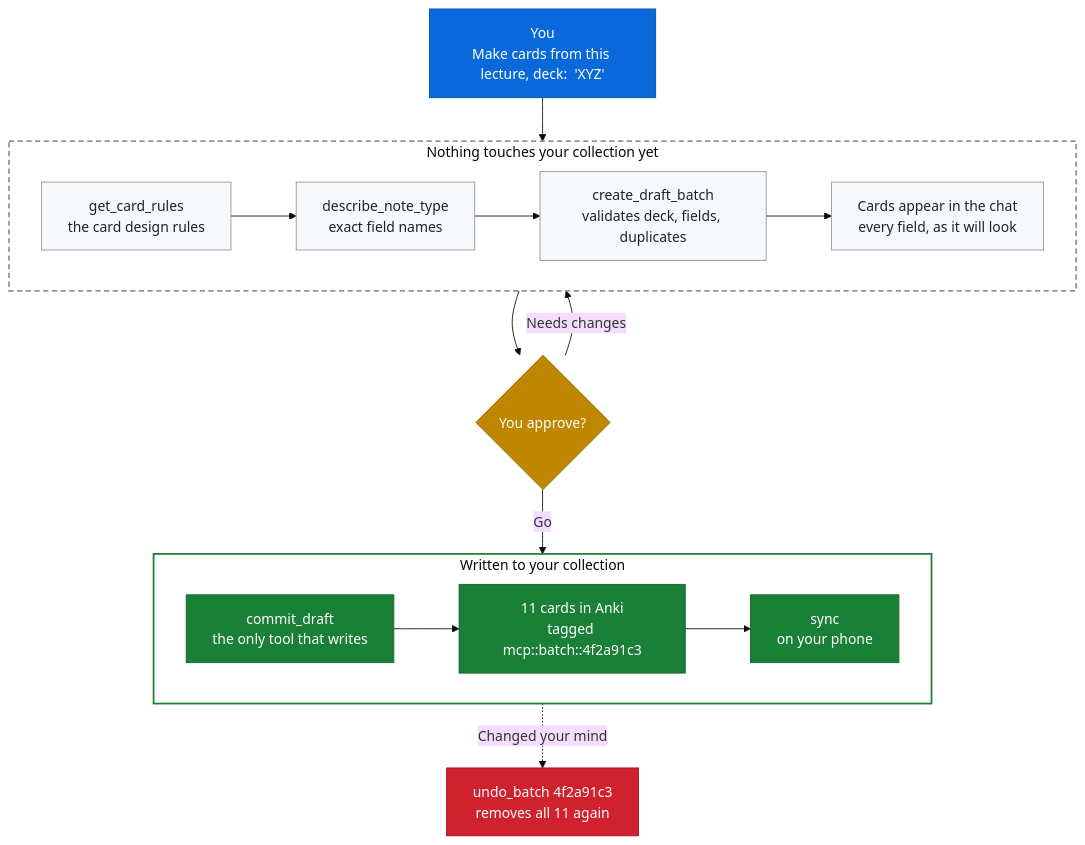
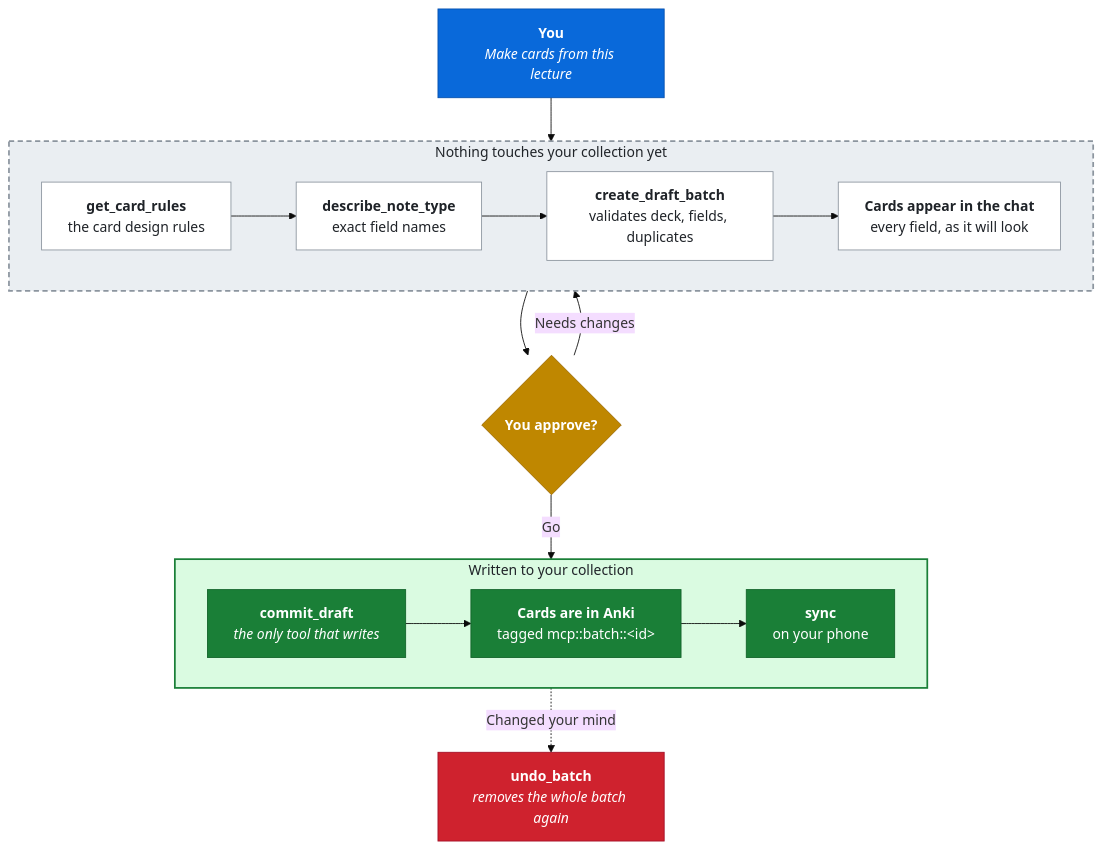
Before and after one commit to MichaelPrutkow/anki-mcp-server: the diagram in README.md, drawn with Mermaid (base theme).

````diff
--- a/README.md
+++ b/README.md
@@ -154,46 +154,46 @@
 ```mermaid
 flowchart TD
-    U["You<br>Make cards from this lecture, deck:  'XYZ'"]
+    U["<b>You</b><br><i>Make cards from this lecture</i>"]
 
-    subgraph SAFE["&nbsp;Nothing touches your collection yet&nbsp;"]
+    subgraph SAFE["&nbsp; Nothing touches your collection yet &nbsp;"]
         direction LR
-        R["get_card_rules<br>the card design rules"]
-        N["describe_note_type<br>exact field names"]
-        D["create_draft_batch<br>validates deck, fields, duplicates"]
-        P["Cards appear in the chat<br>every field, as it will look"]
+        R["<b>get_card_rules</b><br>the card design rules"]
+        N["<b>describe_note_type</b><br>exact field names"]
+        D["<b>create_draft_batch</b><br>validates deck, fields, duplicates"]
+        P["<b>Cards appear in the chat</b><br>every field, as it will look"]
         R --> N --> D --> P
     end
 
-    Q{"You approve?"}
+    Q{"<b>You approve?</b>"}
 
-    subgraph LIVE["&nbsp;Written to your collection&nbsp;"]
+    subgraph LIVE["&nbsp; Written to your collection &nbsp;"]
         direction LR
-        C["commit_draft<br>the only tool that writes"]
-        A["11 cards in Anki<br>tagged mcp::batch::4f2a91c3"]
-        Y["sync<br>on your phone"]
+        C["<b>commit_draft</b><br><i>the only tool that writes</i>"]
+        A["<b>Cards are in Anki</b><br>tagged mcp::batch::&lt;id&gt;"]
+        Y["<b>sync</b><br>on your phone"]
         C --> A --> Y
     end
 
-    Z["undo_batch 4f2a91c3<br>removes all 11 again"]
+    Z["<b>undo_batch</b><br><i>removes the whole batch again</i>"]
 
     U --> R
     P --> Q
     Q -->|"Needs changes"| D
     Q -->|"Go"| C
     A -.->|"Changed your mind"| Z
 
     classDef you fill:#0969da,stroke:#0550ae,color:#ffffff
-    classDef step fill:#f6f8fa,stroke:#8c959f,color:#1f2328
+    classDef step fill:#ffffff,stroke:#8c959f,color:#1f2328
     classDef gate fill:#bf8700,stroke:#9a6700,color:#ffffff
     classDef write fill:#1a7f37,stroke:#116329,color:#ffffff
     classDef undo fill:#cf222e,stroke:#a40e26,color:#ffffff
 
     class U you
     class R,N,D,P step
     class Q gate
     class C,A,Y write
     class Z undo
 
-    style SAFE fill:none,stroke:#8c959f,stroke-width:2px,stroke-dasharray:6 4
-    style LIVE fill:none,stroke:#1a7f37,stroke-width:2px
+    style SAFE fill:#eaeef2,stroke:#8c959f,stroke-width:2px,stroke-dasharray:6 4,color:#1f2328
+    style LIVE fill:#dafbe1,stroke:#1a7f37,stroke-width:2px,color:#1f2328
 ```
````
